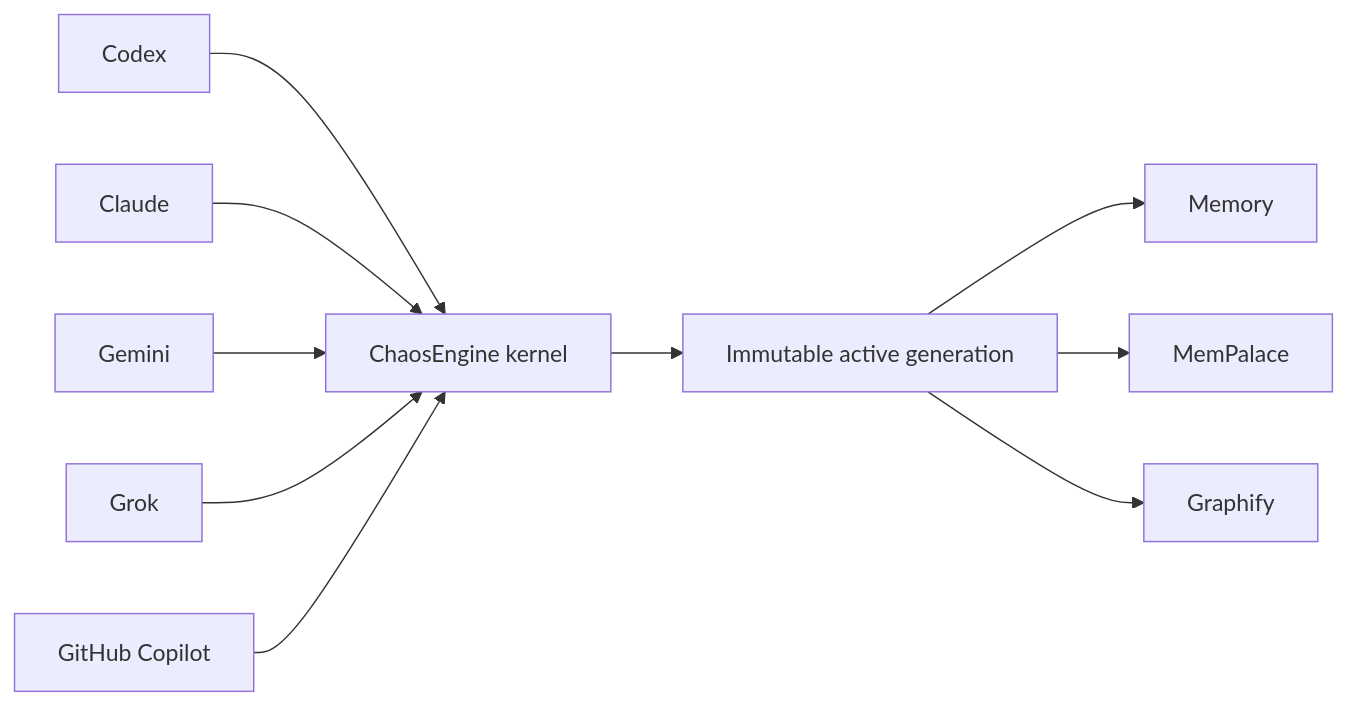
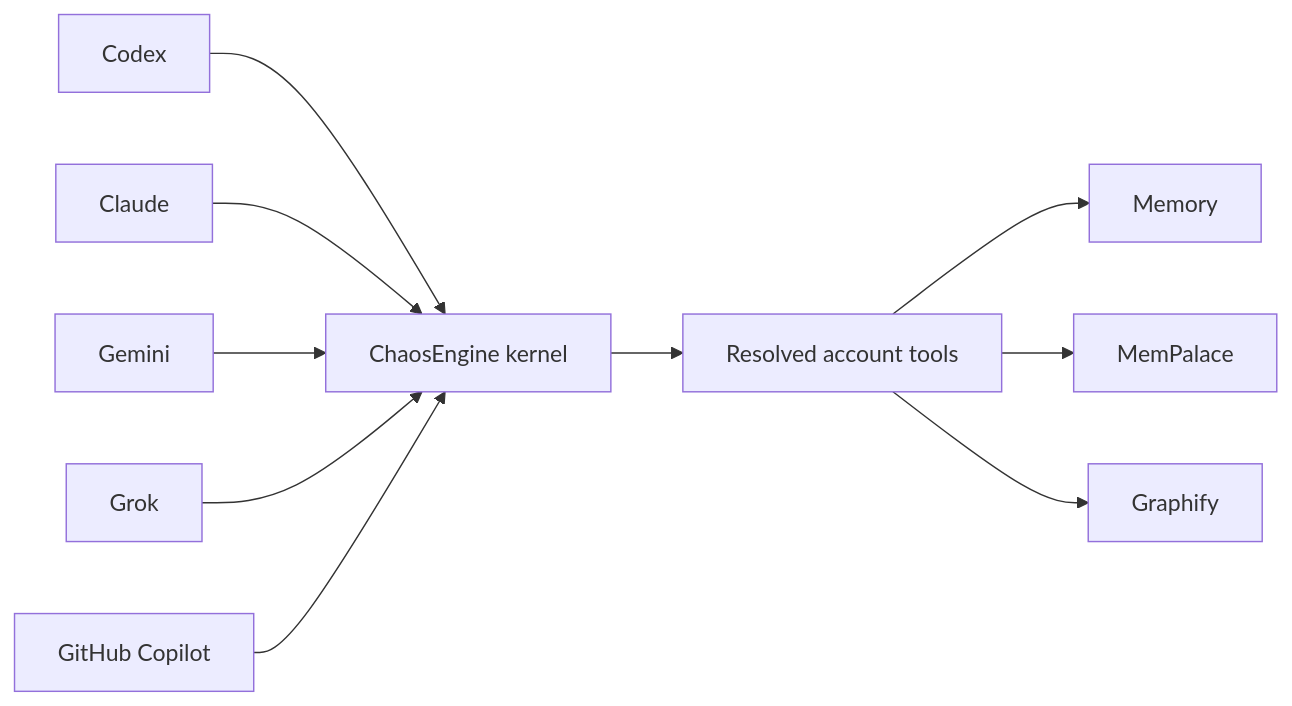
Before and after one commit to ShaftHQ/shafthq.github.io: the diagram in docs/agentic/chaos-engine.mdx, drawn with Mermaid. The commit also changed other lines of this file, not shown here.

Commit message:
docs(agentic): require latest stable account tools

````diff
--- a/docs/agentic/chaos-engine.mdx
+++ b/docs/agentic/chaos-engine.mdx
@@ -229,12 +231,12 @@
 ```mermaid
 flowchart LR
     Codex[Codex] --> Kernel[ChaosEngine kernel]
     Claude[Claude] --> Kernel
     Gemini[Gemini] --> Kernel
     Grok[Grok] --> Kernel
     Copilot[GitHub Copilot] --> Kernel
-    Kernel --> Runtime[Immutable active generation]
-    Runtime --> Memory[Memory]
-    Runtime --> MemPalace[MemPalace]
-    Runtime --> Graphify[Graphify]
+    Kernel --> Tools[Resolved account tools]
+    Tools --> Memory[Memory]
+    Tools --> MemPalace[MemPalace]
+    Tools --> Graphify[Graphify]
 ```
````
